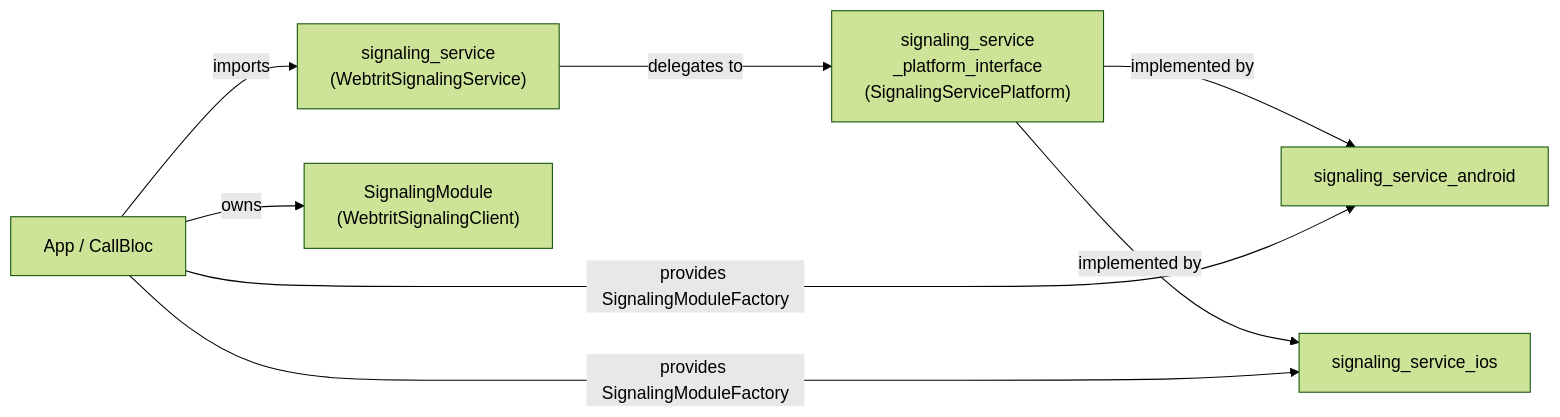
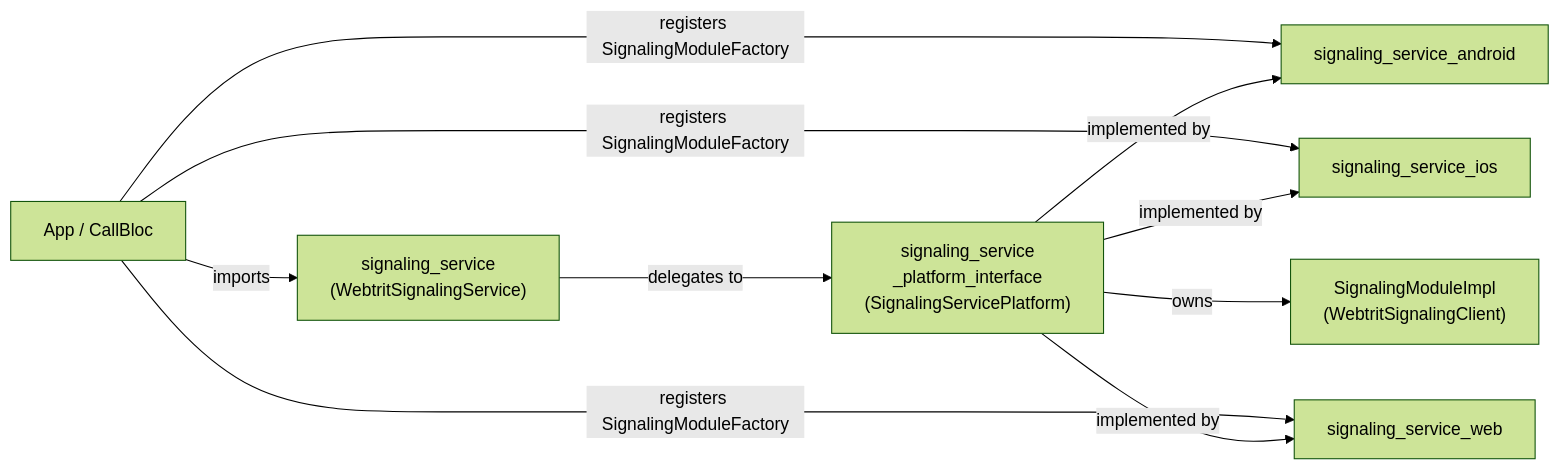
The first of 7 diagrams in phone/packages/signaling_service/ARCHITECTURE.md (portaone/porta-phone-mobile-app), drawn with Mermaid (forest theme) before and after one commit. The commit also changed other lines of this file and 75 other files, not shown here.

````diff
--- a/phone/packages/signaling_service/ARCHITECTURE.md
+++ b/phone/packages/signaling_service/ARCHITECTURE.md
@@ -11,9 +11,10 @@
 ```mermaid
 graph LR
     App["App / CallBloc"] -->|imports| Umbrella["signaling_service\n(WebtritSignalingService)"]
     Umbrella -->|delegates to| PI["signaling_service\n_platform_interface\n(SignalingServicePlatform)"]
     PI -->|implemented by| Android["signaling_service_android"]
     PI -->|implemented by| IOS["signaling_service_ios"]
-    App -->|provides SignalingModuleFactory| Android & IOS
-    App -->|owns| SM["SignalingModule\n(WebtritSignalingClient)"]
+    PI -->|implemented by| WEB["signaling_service_web"]
+    App -->|registers SignalingModuleFactory| Android & IOS & WEB
+    PI -->|owns| SM["SignalingModuleImpl\n(WebtritSignalingClient)"]
 ```
````
